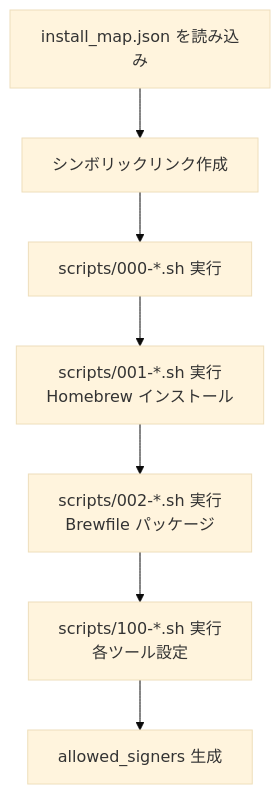
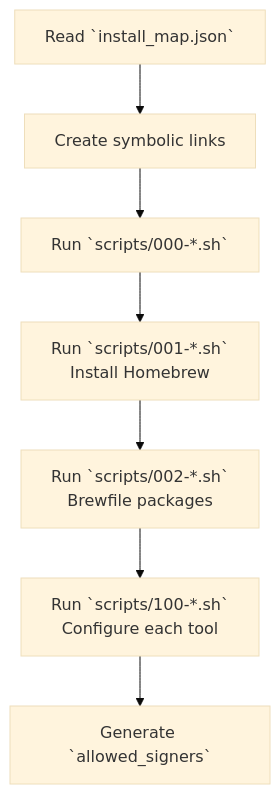
One commit to daiksud/dotfiles changed the diagram in docs/guides/02-installation.md. Above: the diagram before and after it, drawn with Mermaid (base theme). The commit also changed other lines of this file and 39 other files, not shown here.

````diff
--- a/docs/guides/02-installation.md
+++ b/docs/guides/02-installation.md
@@ -23,9 +23,9 @@
 ```mermaid
 graph TD
-    A[install_map.json を読み込み] --> B[シンボリックリンク作成]
-    B --> C[scripts/000-*.sh 実行]
-    C --> D[scripts/001-*.sh 実行<br/>Homebrew インストール]
-    D --> E[scripts/002-*.sh 実行<br/>Brewfile パッケージ]
-    E --> F[scripts/100-*.sh 実行<br/>各ツール設定]
-    F --> G[allowed_signers 生成]
+    A[Read `install_map.json`] --> B[Create symbolic links]
+    B --> C[Run `scripts/000-*.sh`]
+    C --> D[Run `scripts/001-*.sh`<br/>Install Homebrew]
+    D --> E[Run `scripts/002-*.sh`<br/>Brewfile packages]
+    E --> F[Run `scripts/100-*.sh`<br/>Configure each tool]
+    F --> G[Generate `allowed_signers`]
 ```
````
